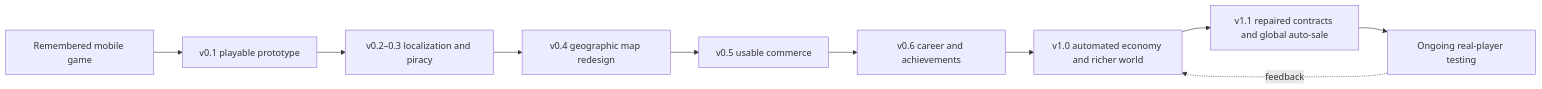
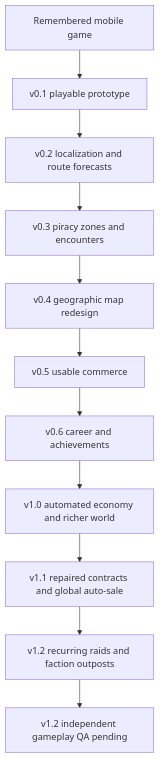
One commit to KonstantinOreshnikov/KonstantinOreshnikov changed the diagram in projects/independent-game-studio/games/caribbean-merchant/README.md. Above: the diagram before and after it, drawn with Mermaid. The commit also changed other lines of this file and 8 other files, not shown here.

````diff
--- a/projects/independent-game-studio/games/caribbean-merchant/README.md
+++ b/projects/independent-game-studio/games/caribbean-merchant/README.md
@@ -69,12 +69,13 @@
 ```mermaid
-flowchart LR
+flowchart TB
  M[Remembered mobile game] --> P[v0.1 playable prototype]
- P --> L[v0.2–0.3 localization and piracy]
- L --> C[v0.4 geographic map redesign]
+ P --> L[v0.2 localization and route forecasts]
+ L --> Z[v0.3 piracy zones and encounters]
+ Z --> C[v0.4 geographic map redesign]
  C --> U[v0.5 usable commerce]
  U --> G[v0.6 career and achievements]
  G --> R[v1.0 automated economy and richer world]
  R --> S[v1.1 repaired contracts and global auto-sale]
- S --> T[Ongoing real-player testing]
- T -.feedback.-> R
+ S --> T[v1.2 recurring raids and faction outposts]
+ T --> Q[v1.2 independent gameplay QA pending]
 ```
````
